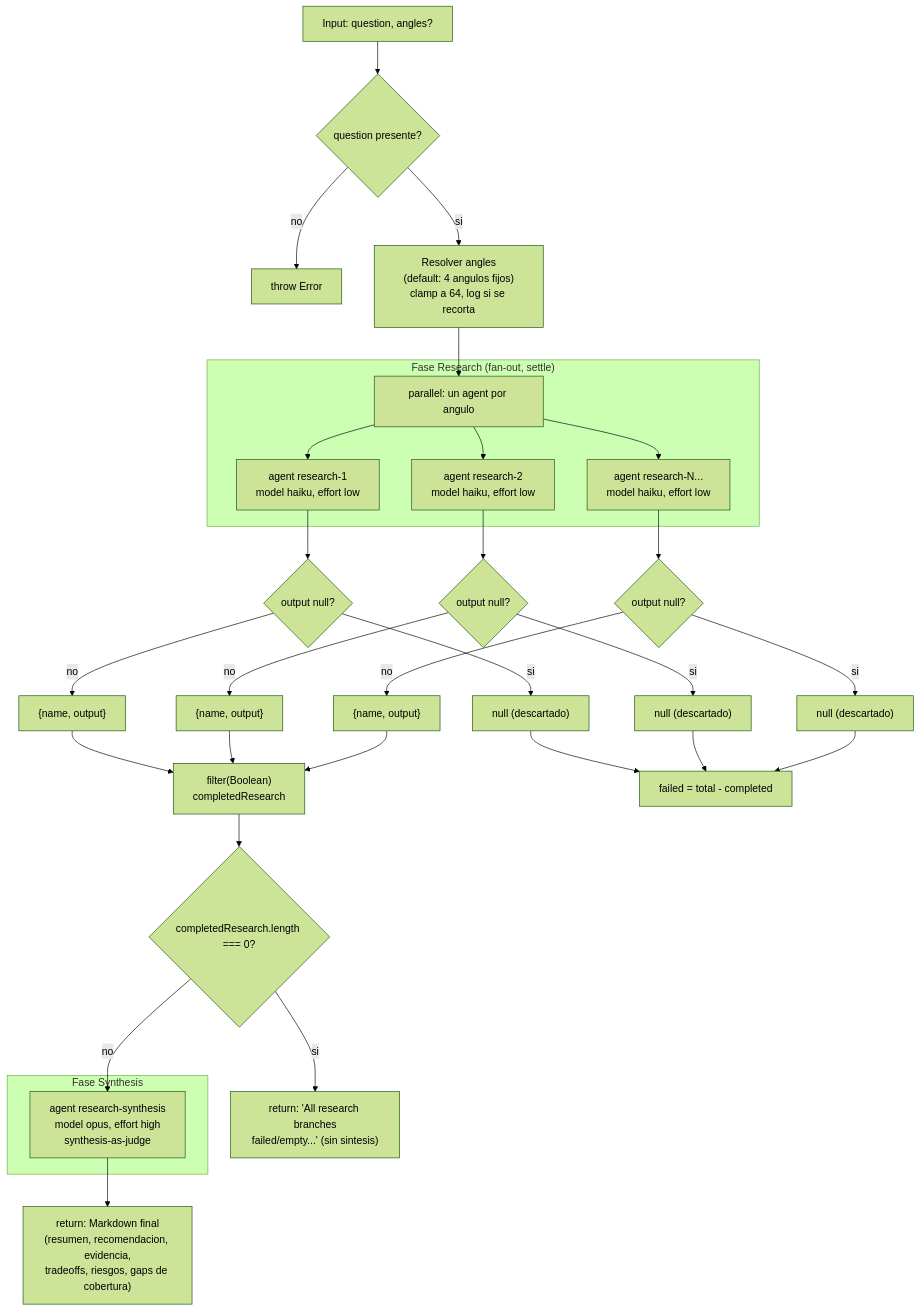
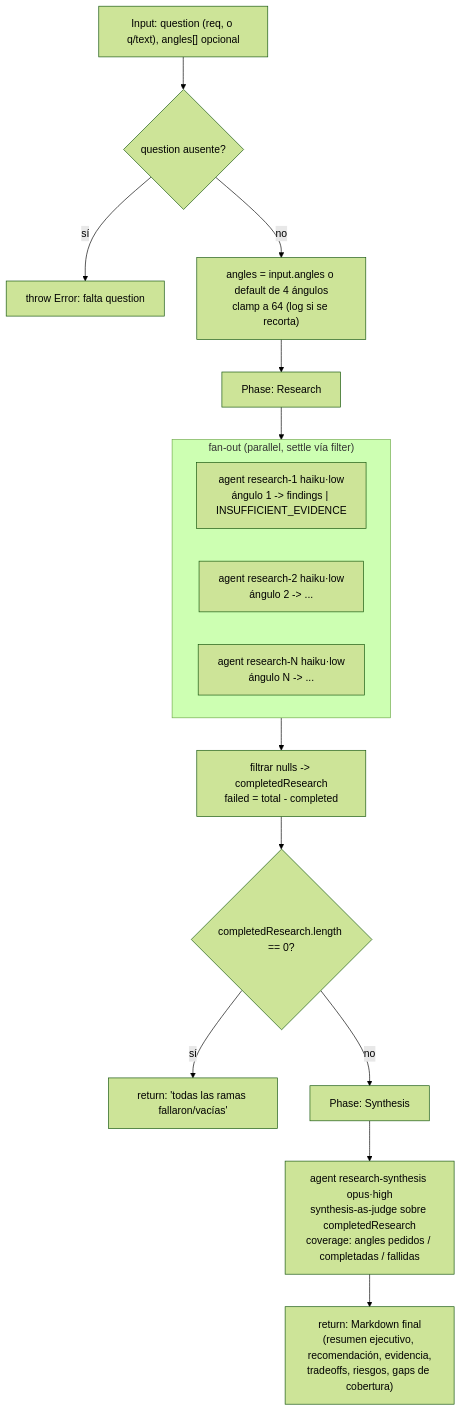
One commit to andrestobelem/pandi-extensions changed the diagram in docs/scaffolds/complex-research.md. Above: the diagram before and after it, drawn with Mermaid (forest theme). The commit also changed other lines of this file and 43 other files, not shown here.

````diff
--- a/docs/scaffolds/complex-research.md
+++ b/docs/scaffolds/complex-research.md
@@ -20,40 +24,21 @@
 ```mermaid
 flowchart TD
-    IN["Input: question, angles?"] --> VAL{"question presente?"}
-    VAL -- no --> ERR["throw Error"]
-    VAL -- si --> ANG["Resolver angles<br/>(default: 4 angulos fijos)<br/>clamp a 64, log si se recorta"]
-    ANG --> FANOUT["parallel: un agent por angulo"]
+    A["Input: question (req, o q/text), angles[] opcional"] --> B{"question ausente?"}
+    B -->|"sí"| B1["throw Error: falta question"]
+    B -->|"no"| C["angles = input.angles o default de 4 ángulos\nclamp a 64 (log si se recorta)"]
+    C --> D["Phase: Research"]
 
-    subgraph "Fase Research (fan-out, settle)"
-        FANOUT --> R1["agent research-1<br/>model haiku, effort low"]
-        FANOUT --> R2["agent research-2<br/>model haiku, effort low"]
-        FANOUT --> R3["agent research-N...<br/>model haiku, effort low"]
+    subgraph FANOUT["fan-out (parallel, settle vía filter)"]
+        R1["agent research-1 haiku·low\nángulo 1 -> findings | INSUFFICIENT_EVIDENCE"]
+        R2["agent research-2 haiku·low\nángulo 2 -> ..."]
+        R3["agent research-N haiku·low\nángulo N -> ..."]
     end
+    D --> FANOUT
+    FANOUT --> E["filtrar nulls -> completedResearch\nfailed = total - completed"]
+    E --> F{"completedResearch.length == 0?"}
+    F -->|"sí"| F1["return: 'todas las ramas fallaron/vacías'"]
+    F -->|"no"| G["Phase: Synthesis"]
 
-    R1 --> M1{"output null?"}
-    R2 --> M2{"output null?"}
-    R3 --> M3{"output null?"}
-    M1 -- si --> NULL1["null (descartado)"]
-    M2 -- si --> NULL2["null (descartado)"]
-    M3 -- si --> NULL3["null (descartado)"]
-    M1 -- no --> OK1["{name, output}"]
-    M2 -- no --> OK2["{name, output}"]
-    M3 -- no --> OK3["{name, output}"]
-
-    OK1 --> FILTER["filter(Boolean)<br/>completedResearch"]
-    OK2 --> FILTER
-    OK3 --> FILTER
-    NULL1 --> COUNT["failed = total - completed"]
-    NULL2 --> COUNT
-    NULL3 --> COUNT
-
-    FILTER --> GATE{"completedResearch.length === 0?"}
-    GATE -- si --> FAILRET["return: 'All research branches<br/>failed/empty...' (sin sintesis)"]
-    GATE -- no --> SYN
-
-    subgraph "Fase Synthesis"
-        SYN["agent research-synthesis<br/>model opus, effort high<br/>synthesis-as-judge"]
-    end
-
-    SYN --> OUT["return: Markdown final<br/>(resumen, recomendacion, evidencia,<br/>tradeoffs, riesgos, gaps de cobertura)"]
+    G --> H["agent research-synthesis opus·high\nsynthesis-as-judge sobre completedResearch\ncoverage: angles pedidos / completadas / fallidas"]
+    H --> I["return: Markdown final\n(resumen ejecutivo, recomendación, evidencia,\ntradeoffs, riesgos, gaps de cobertura)"]
 ```
````
